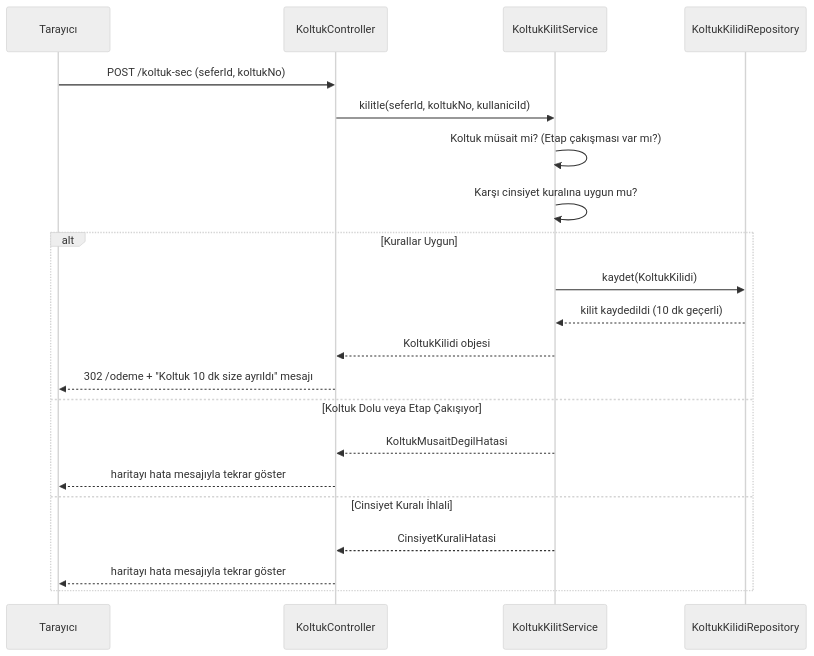
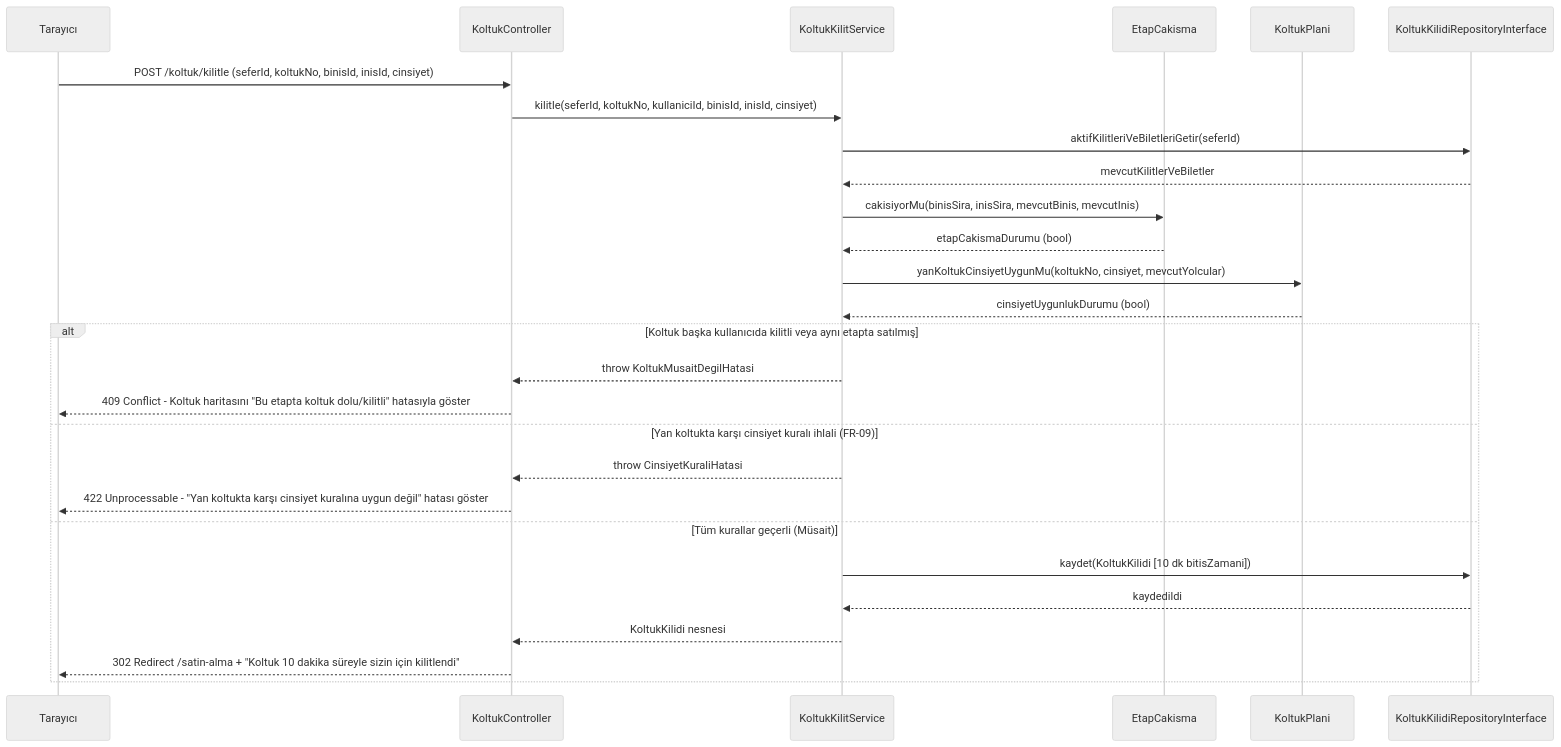
One commit to MthnByrm/Otob-s-Firma-Projesi changed the second of 4 diagrams in docs/tasarim.md. Above: the diagram before and after it, drawn with Mermaid (neutral theme). The commit also changed other lines of this file, not shown here.

````diff
--- a/docs/tasarim.md
+++ b/docs/tasarim.md
@@ -78,25 +229,31 @@
 ```mermaid
 sequenceDiagram
     participant T as Tarayıcı
     participant C as KoltukController
     participant S as KoltukKilitService
-    participant R as KoltukKilidiRepository
-    
-    T->>C: POST /koltuk-sec (seferId, koltukNo)
-    C->>S: kilitle(seferId, koltukNo, kullaniciId)
-    S->>S: Koltuk müsait mi? (Etap çakışması var mı?)
-    S->>S: Karşı cinsiyet kuralına uygun mu?
-    
-    alt Kurallar Uygun
-        S->>R: kaydet(KoltukKilidi)
-        R-->>S: kilit kaydedildi (10 dk geçerli)
-        S-->>C: KoltukKilidi objesi
-        C-->>T: 302 /odeme + "Koltuk 10 dk size ayrıldı" mesajı
-    else Koltuk Dolu veya Etap Çakışıyor
-        S-->>C: KoltukMusaitDegilHatasi
-        C-->>T: haritayı hata mesajıyla tekrar göster
-    else Cinsiyet Kuralı İhlali
-        S-->>C: CinsiyetKuraliHatasi
-        C-->>T: haritayı hata mesajıyla tekrar göster
+    participant E as EtapCakisma
+    participant P as KoltukPlani
+    participant R as KoltukKilidiRepositoryInterface
+
+    T->>C: POST /koltuk/kilitle (seferId, koltukNo, binisId, inisId, cinsiyet)
+    C->>S: kilitle(seferId, koltukNo, kullaniciId, binisId, inisId, cinsiyet)
+    S->>R: aktifKilitleriVeBiletleriGetir(seferId)
+    R-->>S: mevcutKilitlerVeBiletler
+    S->>E: cakisiyorMu(binisSira, inisSira, mevcutBinis, mevcutInis)
+    E-->>S: etapCakismaDurumu (bool)
+    S->>P: yanKoltukCinsiyetUygunMu(koltukNo, cinsiyet, mevcutYolcular)
+    P-->>S: cinsiyetUygunlukDurumu (bool)
+
+    alt Koltuk başka kullanıcıda kilitli veya aynı etapta satılmış
+        S-->>C: throw KoltukMusaitDegilHatasi
+        C-->>T: 409 Conflict - Koltuk haritasını "Bu etapta koltuk dolu/kilitli" hatasıyla göster
+    else Yan koltukta karşı cinsiyet kuralı ihlali (FR-09)
+        S-->>C: throw CinsiyetKuraliHatasi
+        C-->>T: 422 Unprocessable - "Yan koltukta karşı cinsiyet kuralına uygun değil" hatası göster
+    else Tüm kurallar geçerli (Müsait)
+        S->>R: kaydet(KoltukKilidi [10 dk bitisZamani])
+        R-->>S: kaydedildi
+        S-->>C: KoltukKilidi nesnesi
+        C-->>T: 302 Redirect /satin-alma + "Koltuk 10 dakika süreyle sizin için kilitlendi"
     end
 ```
````
